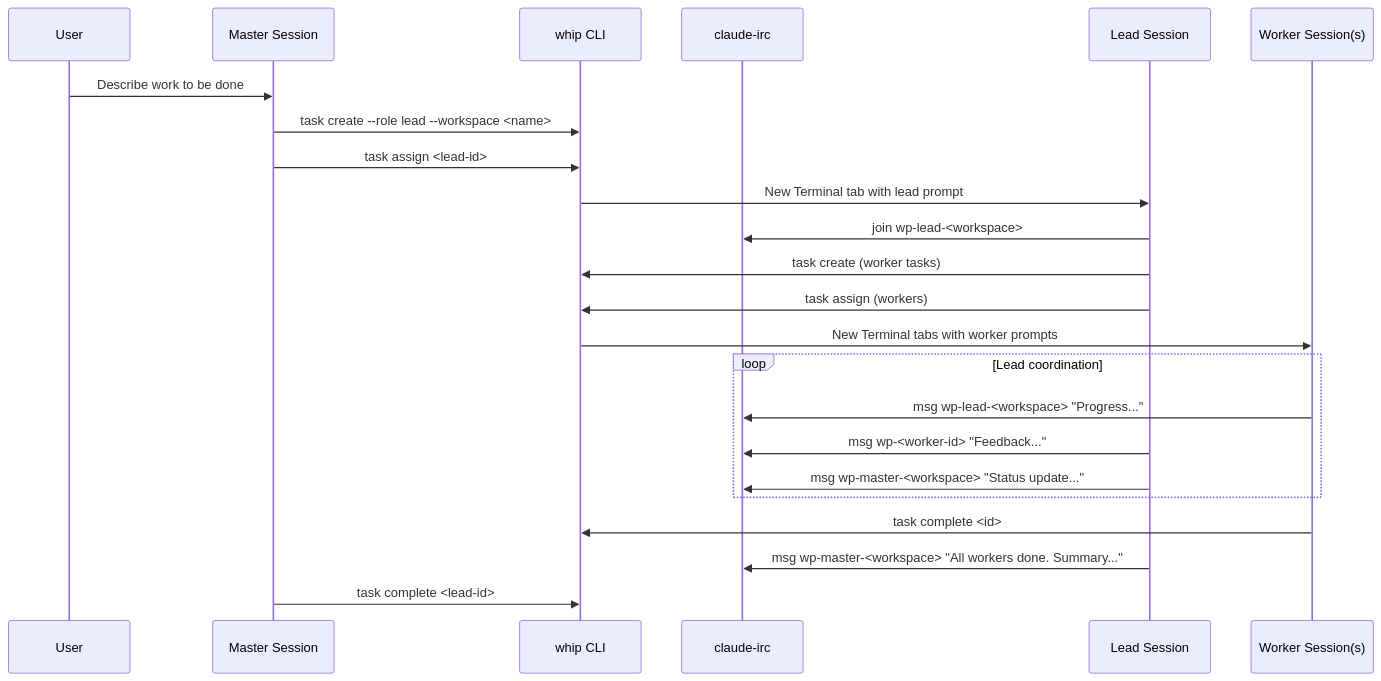
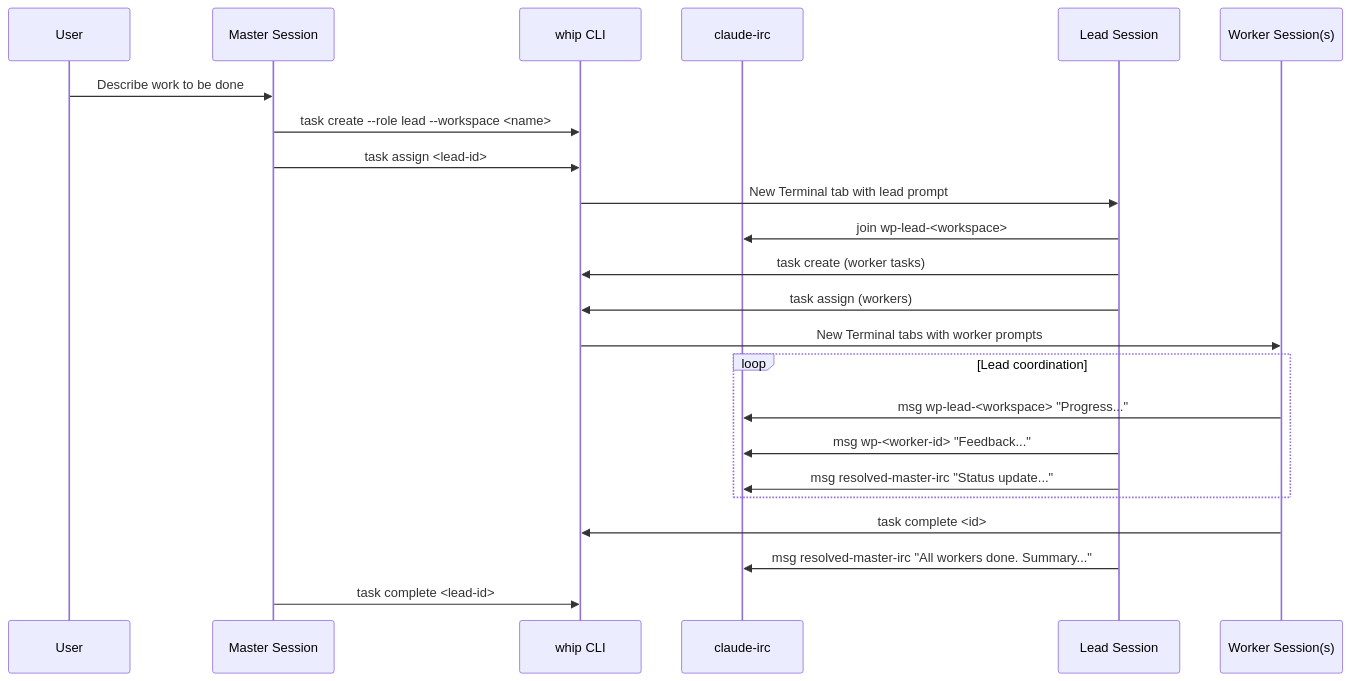
The second of 4 diagrams in whip/docs/workflow-en.md (DongGukMon/ai-tools), drawn with Mermaid before and after one commit. The commit also changed other lines of this file and 13 other files, not shown here.

Commit message:
feat: improve whip master IRC coordination

````diff
--- a/whip/docs/workflow-en.md
+++ b/whip/docs/workflow-en.md
@@ -50,29 +50,29 @@
 ```mermaid
 sequenceDiagram
     participant User
     participant Master as Master Session
     participant Whip as whip CLI
     participant IRC as claude-irc
     participant Lead as Lead Session
     participant Worker as Worker Session(s)
 
     User->>Master: Describe work to be done
     Master->>Whip: task create --role lead --workspace <name>
     Master->>Whip: task assign <lead-id>
     Whip->>Lead: New Terminal tab with lead prompt
 
     Lead->>IRC: join wp-lead-<workspace>
     Lead->>Whip: task create (worker tasks)
     Lead->>Whip: task assign (workers)
     Whip->>Worker: New Terminal tabs with worker prompts
 
     loop Lead coordination
         Worker->>IRC: msg wp-lead-<workspace> "Progress..."
         Lead->>IRC: msg wp-<worker-id> "Feedback..."
-        Lead->>IRC: msg wp-master-<workspace> "Status update..."
+        Lead->>IRC: msg resolved-master-irc "Status update..."
     end
 
     Worker->>Whip: task complete <id>
-    Lead->>IRC: msg wp-master-<workspace> "All workers done. Summary..."
+    Lead->>IRC: msg resolved-master-irc "All workers done. Summary..."
     Master->>Whip: task complete <lead-id>
 ```
````
